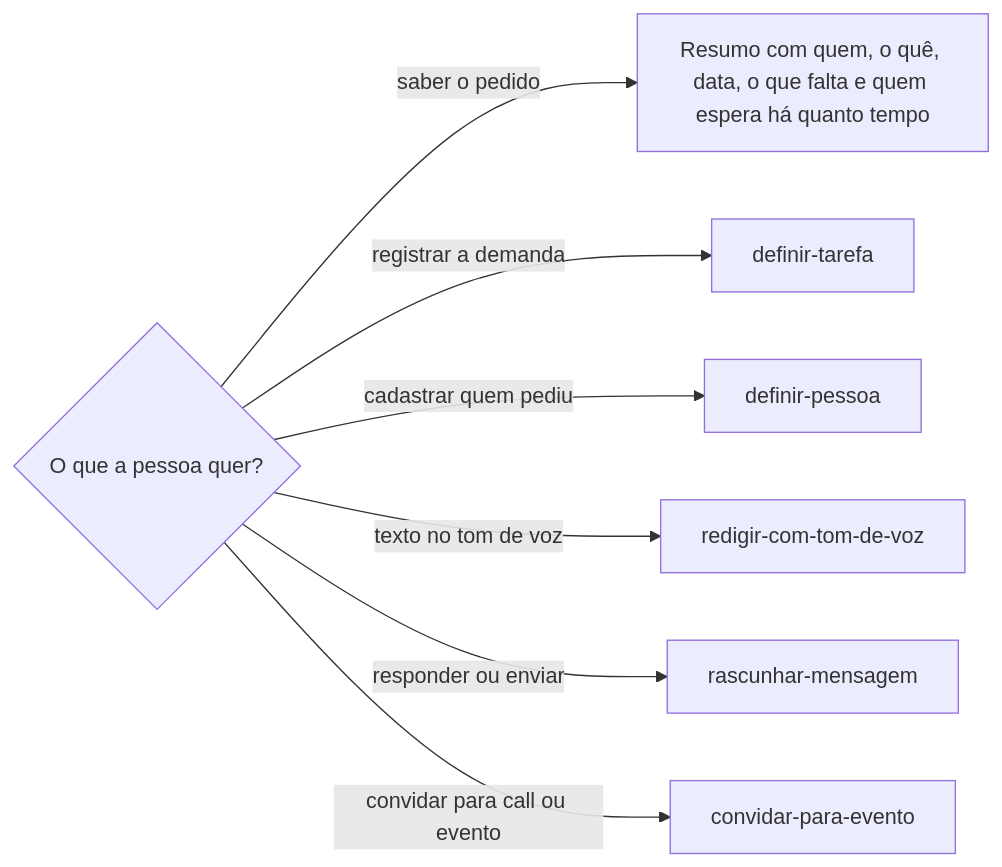
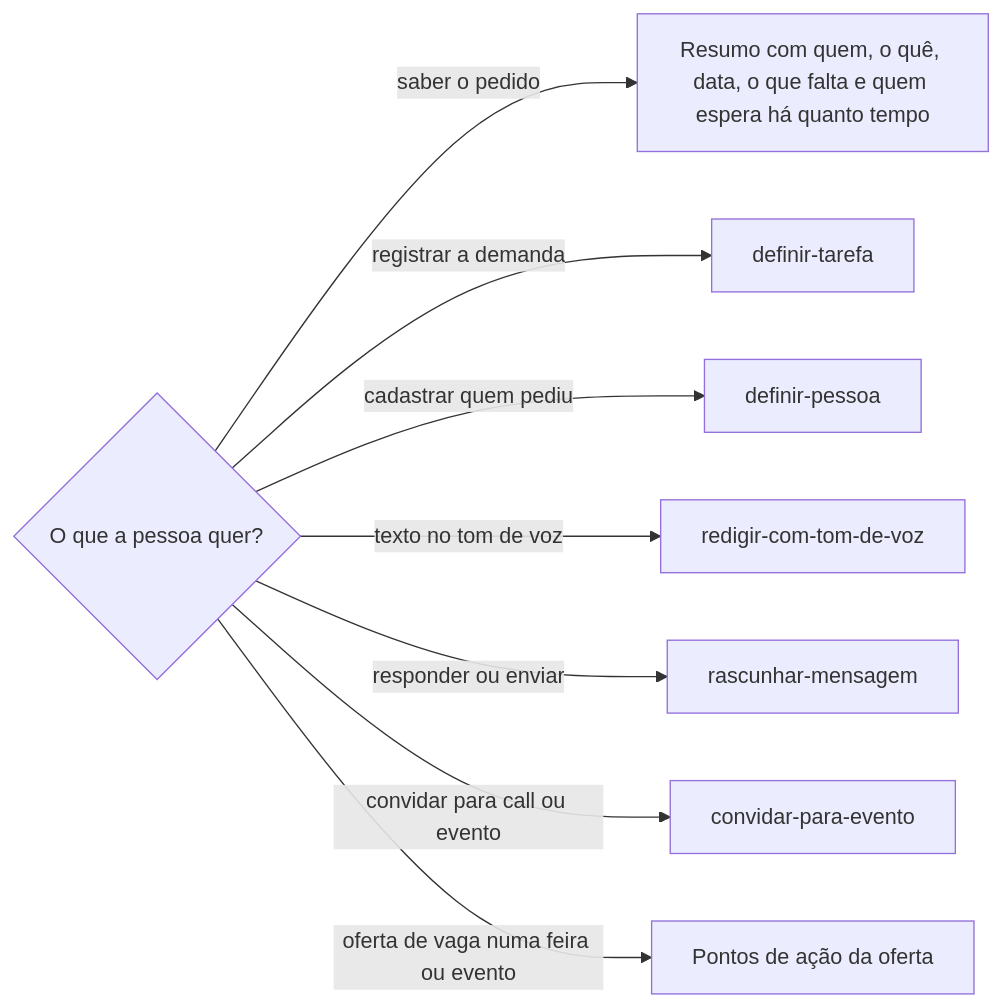
One commit to jimmyandrade/harness changed the diagram in .agents/skills/conversar-no-whatsapp/SKILL.md. Above: the diagram before and after it, drawn with Mermaid. The commit also changed other lines of this file and 1 other file, not shown here.

````diff
--- a/.agents/skills/conversar-no-whatsapp/SKILL.md
+++ b/.agents/skills/conversar-no-whatsapp/SKILL.md
@@ -92,9 +95,10 @@
 ```mermaid
 flowchart LR
   Q{O que a pessoa quer?} -->|saber o pedido| R[Resumo com quem, o quê, data, o que falta e quem espera há quanto tempo]
   Q -->|registrar a demanda| T[definir-tarefa]
   Q -->|cadastrar quem pediu| P[definir-pessoa]
   Q -->|texto no tom de voz| V[redigir-com-tom-de-voz]
   Q -->|responder ou enviar| E[rascunhar-mensagem]
   Q -->|convidar para call ou evento| A[convidar-para-evento]
+  Q -->|oferta de vaga numa feira ou evento| O[Pontos de ação da oferta]
 ```
````
